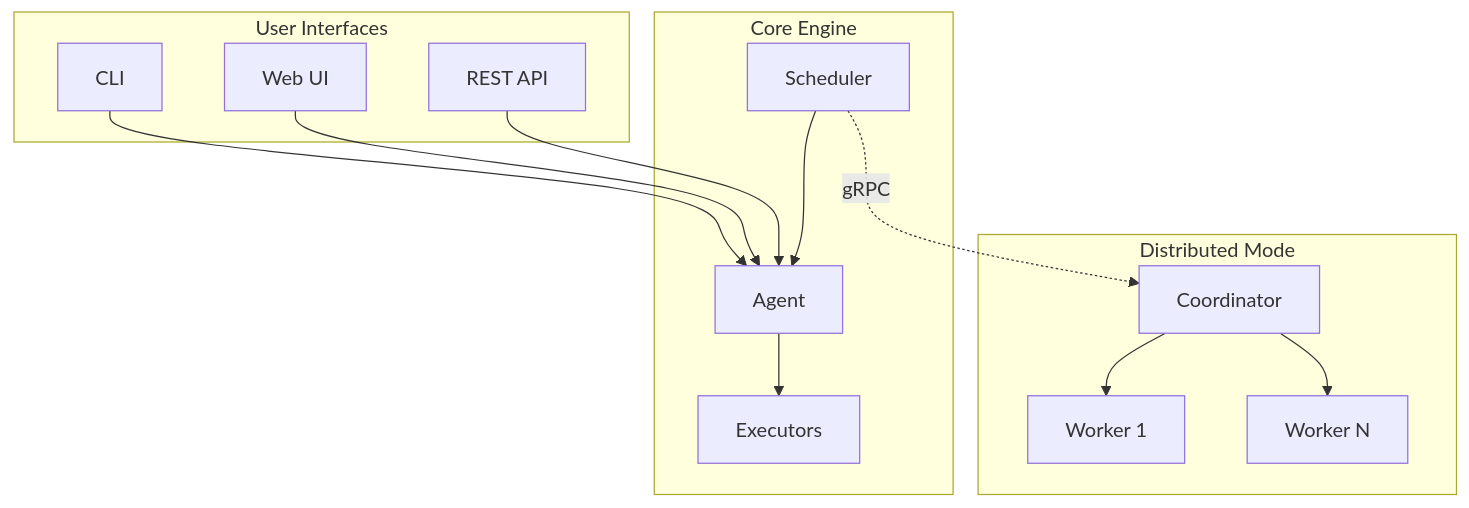
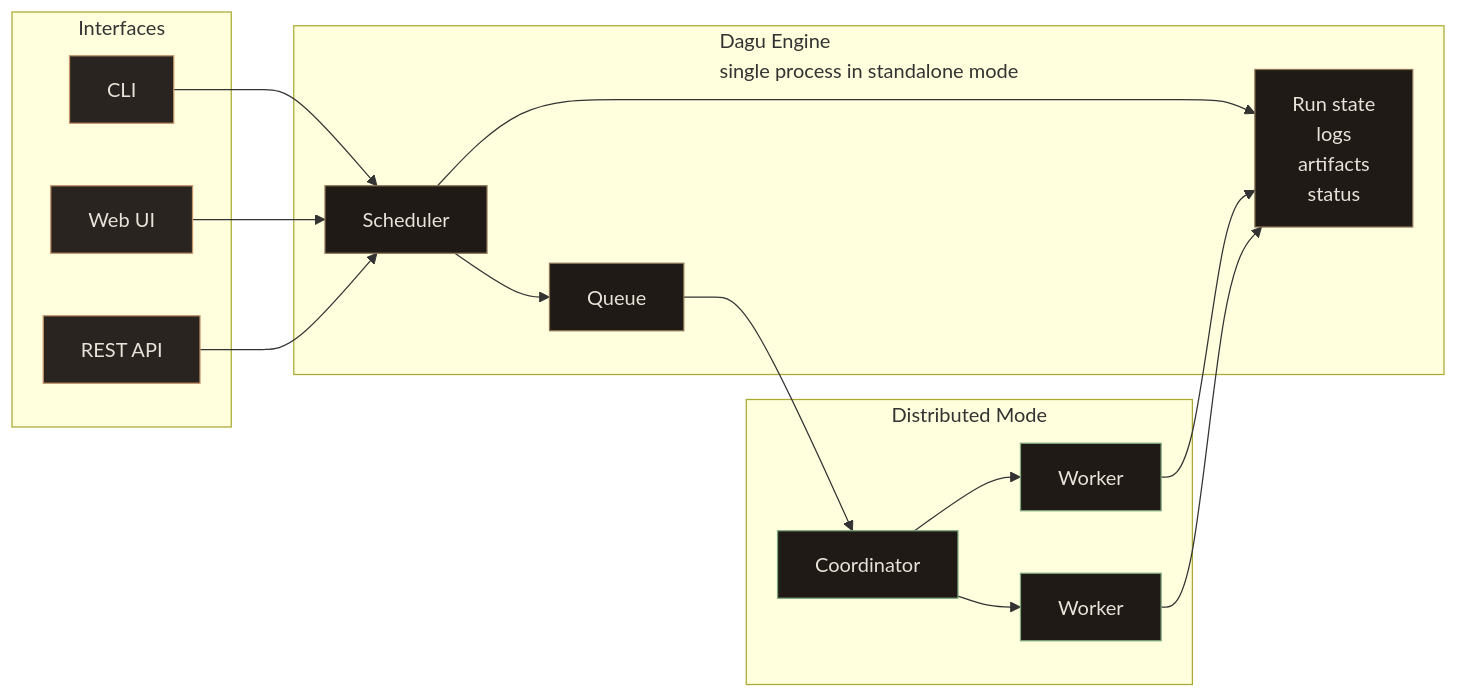
One commit to dagucloud/docs changed the diagram in overview/index.md. Above: the diagram before and after it, drawn with Mermaid. The commit also changed other lines of this file and 1 other file, not shown here.

````diff
--- a/overview/index.md
+++ b/overview/index.md
@@ -171,29 +156,39 @@
 ```mermaid
-graph TB
-    subgraph Interfaces["User Interfaces"]
-        CLI[CLI]
-        UI[Web UI]
-        API[REST API]
+flowchart LR
+    subgraph Interfaces["Interfaces"]
+        CLI["CLI"]
+        UI["Web UI"]
+        API["REST API"]
     end
 
-    subgraph Engine["Core Engine"]
-        SCH[Scheduler]
-        AGT[Agent]
-        EXE[Executors]
+    subgraph Dagu["Dagu Engine<br/>single process in standalone mode"]
+        Scheduler["Scheduler"]
+        Queue["Queue"]
+        Runs["Run state<br/>logs<br/>artifacts<br/>status"]
     end
 
     subgraph Distributed["Distributed Mode"]
-        COORD[Coordinator]
-        W1["Worker 1"]
-        WN["Worker N"]
+        Coordinator["Coordinator"]
+        WorkerA["Worker"]
+        WorkerB["Worker"]
     end
 
-    CLI --> AGT
-    UI --> AGT
-    API --> AGT
-    SCH --> AGT
-    AGT --> EXE
-    SCH -.->|gRPC| COORD
-    COORD --> W1
-    COORD --> WN
+    CLI --> Scheduler
+    UI --> Scheduler
+    API --> Scheduler
+
+    Scheduler --> Runs
+    Scheduler --> Queue
+    Queue --> Coordinator
+    Coordinator --> WorkerA
+    Coordinator --> WorkerB
+    WorkerA --> Runs
+    WorkerB --> Runs
+
+    classDef interface fill:#2a2420,stroke:#c4956a,color:#e8e2d8
+    classDef engine fill:#1f1a16,stroke:#8b7355,color:#e8e2d8
+    classDef distributed fill:#1f1a16,stroke:#7da87d,color:#e8e2d8
+    class CLI,UI,API interface
+    class Scheduler,Queue,Runs engine
+    class Coordinator,WorkerA,WorkerB distributed
 ```
````
